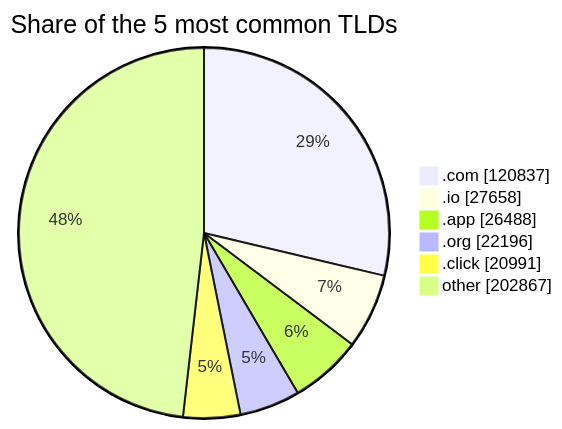
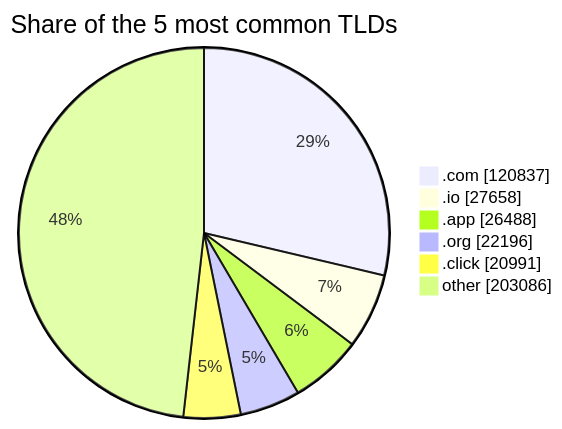
Before and after one commit to DNSBunker/CTI: the third of 3 diagrams in README.md, drawn with Mermaid. The commit also changed other lines of this file and 3 other files, not shown here.

````diff
--- a/README.md
+++ b/README.md
@@ -81,9 +81,9 @@
 ```mermaid
 pie showData title Share of the 5 most common TLDs
     ".com" : 120837
     ".io" : 27658
     ".app" : 26488
     ".org" : 22196
     ".click" : 20991
-    "other" : 202867
+    "other" : 203086
 ```
````
